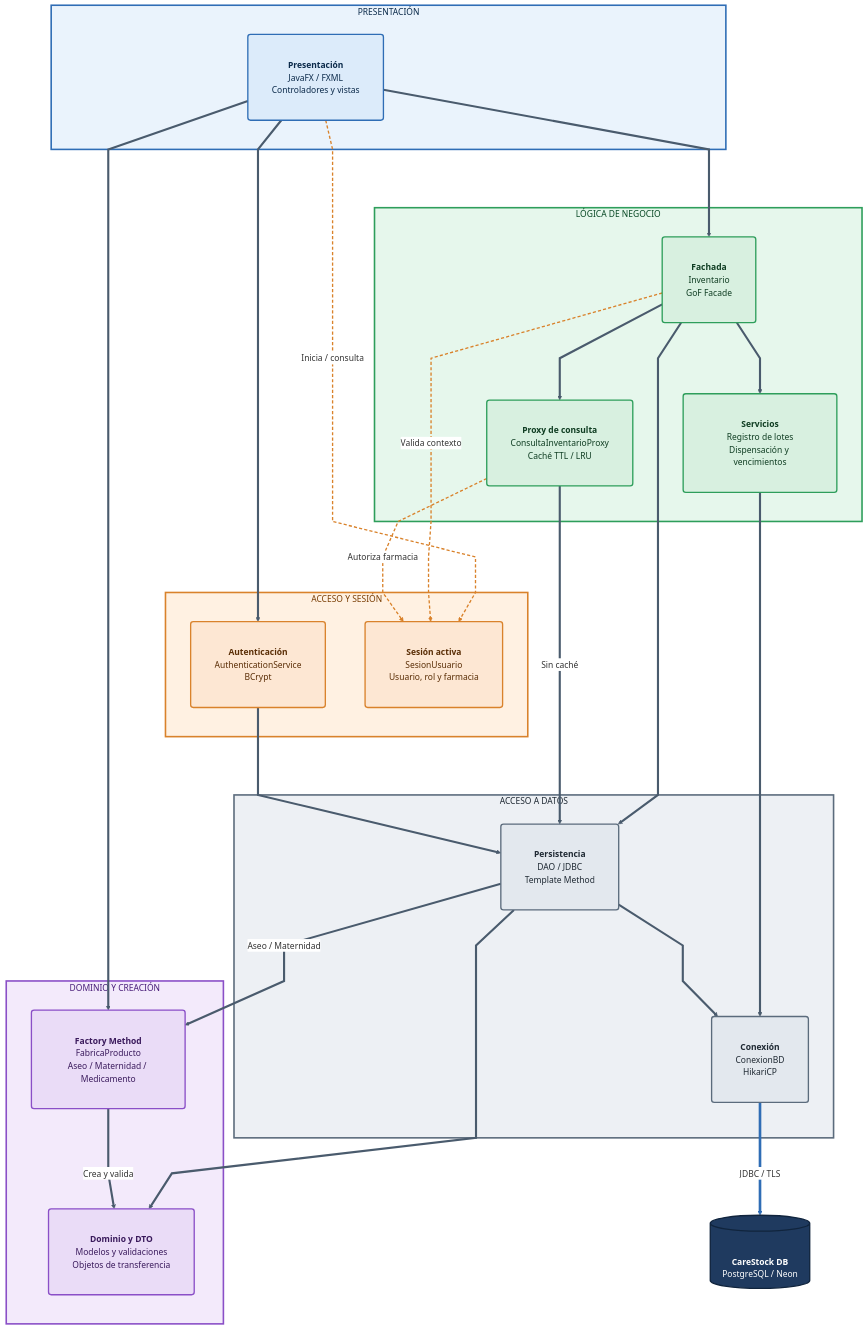
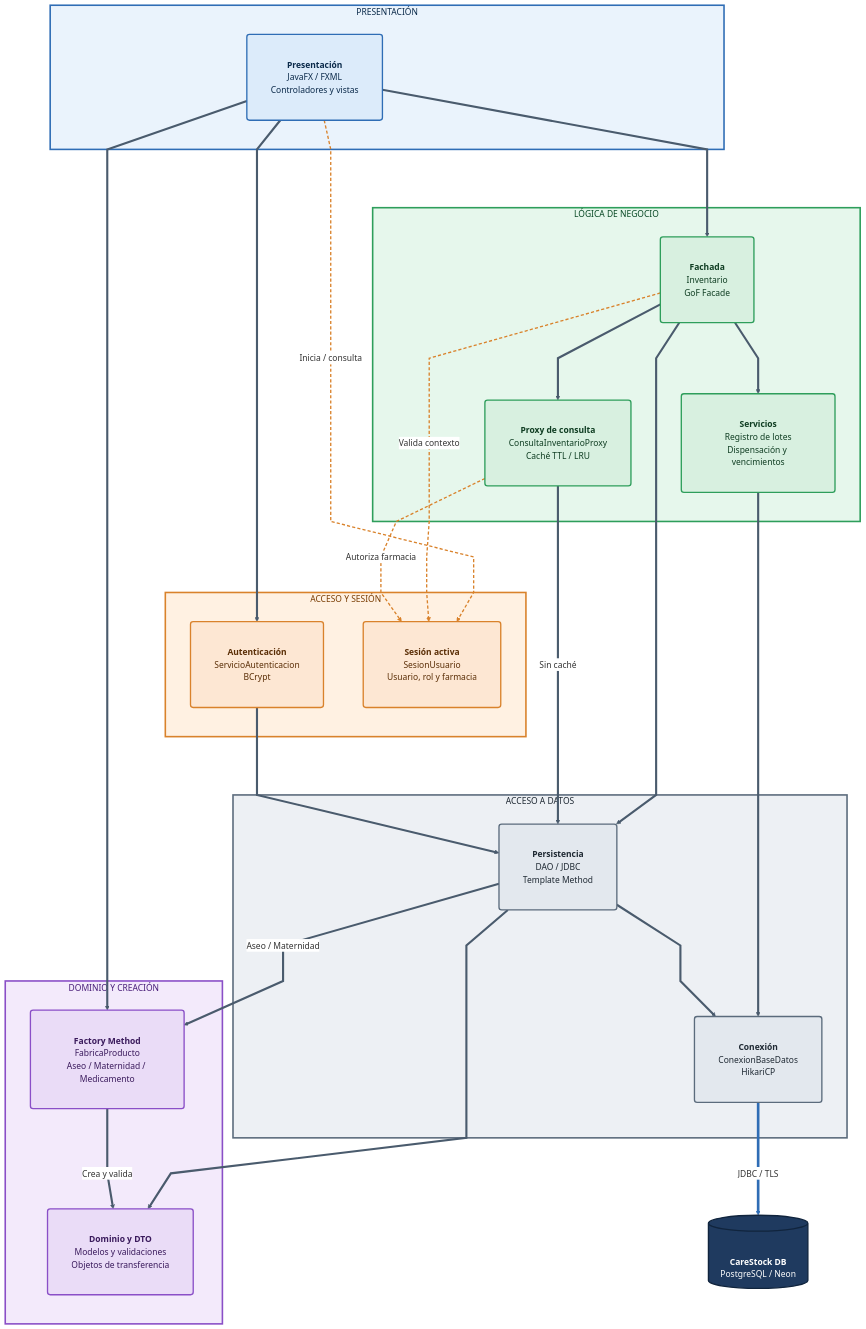
Before and after one commit to puj-course/FIS_2630_1204_G1: the diagram in docs/diagramas/DIAGRAMA_COMPONENTES_C4.md, drawn with Mermaid. The commit also changed other lines of this file and 121 other files, not shown here.

```diff
--- a/docs/diagramas/DIAGRAMA_COMPONENTES_C4.md
+++ b/docs/diagramas/DIAGRAMA_COMPONENTES_C4.md
@@ -65,7 +65,7 @@
     %% ============================================
 
     subgraph acceso ["ACCESO Y SESIÓN"]
-        auth("<b>Autenticación</b><br/>AuthenticationService<br/>BCrypt")
+        auth("<b>Autenticación</b><br/>ServicioAutenticacion<br/>BCrypt")
         sesion("<b>Sesión activa</b><br/>SesionUsuario<br/>Usuario, rol y farmacia")
     end
 
@@ -88,7 +88,7 @@
     subgraph datos ["ACCESO A DATOS"]
         dao("<b>Persistencia</b><br/>DAO / JDBC<br/>Template Method")
 
-        conexion("<b>Conexión</b><br/>ConexionBD<br/>HikariCP")
+        conexion("<b>Conexión</b><br/>ConexionBaseDatos<br/>HikariCP")
     end
 
     %% ============================================
```
